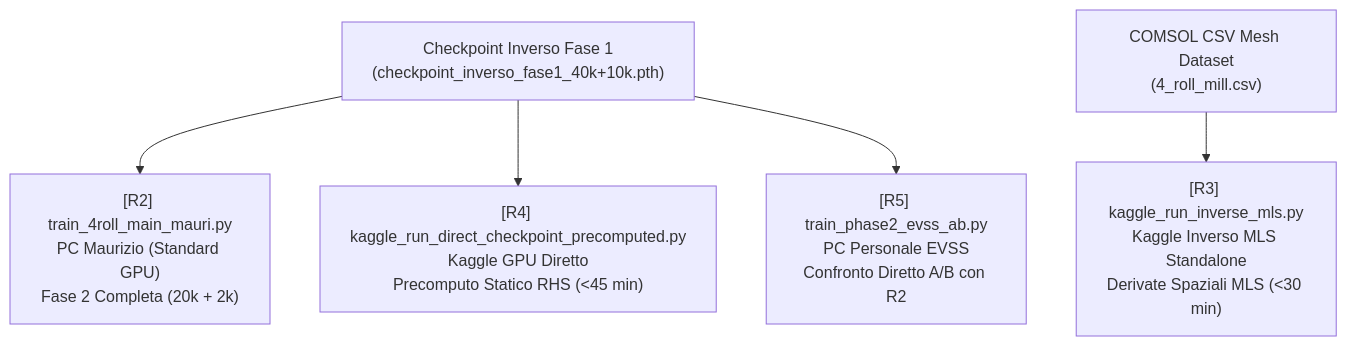
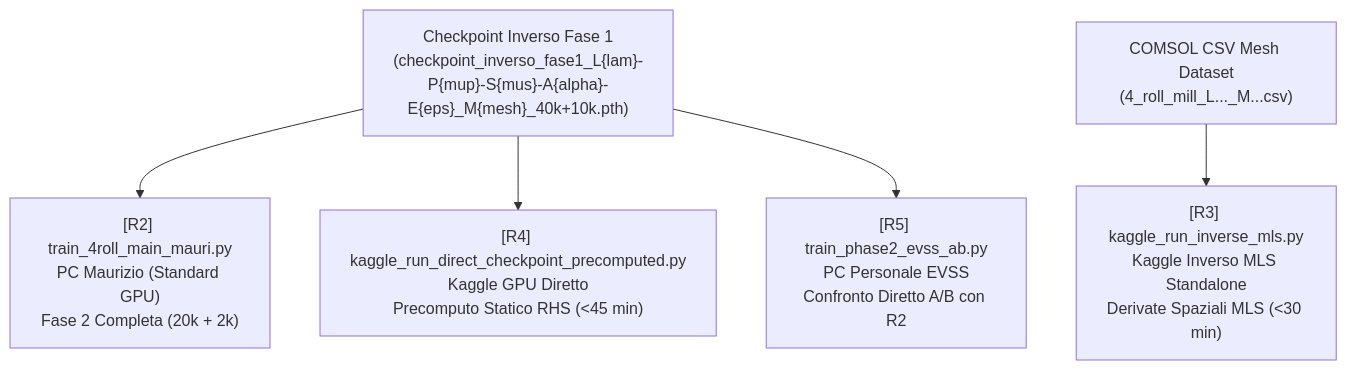
The second of 2 diagrams in PINN-wiki/Wiki/Methods/Numerical_Hygiene_and_Phase2_Reforms.md (Eaglw/PINN-tesi), drawn with Mermaid before and after one commit. The commit also changed other lines of this file and 12 other files, not shown here.

````diff
--- a/PINN-wiki/Wiki/Methods/Numerical_Hygiene_and_Phase2_Reforms.md
+++ b/PINN-wiki/Wiki/Methods/Numerical_Hygiene_and_Phase2_Reforms.md
@@ -246,8 +251,8 @@
 ```mermaid
 graph TD
-    CP["Checkpoint Inverso Fase 1<br>(checkpoint_inverso_fase1_40k+10k.pth)"]
+    CP["Checkpoint Inverso Fase 1<br>(checkpoint_inverso_fase1_L{lam}-P{mup}-S{mus}-A{alpha}-E{eps}_M{mesh}_40k+10k.pth)"]
     CP --> R2["[R2] train_4roll_main_mauri.py<br>PC Maurizio (Standard GPU)<br>Fase 2 Completa (20k + 2k)"]
     CP --> R4["[R4] kaggle_run_direct_checkpoint_precomputed.py<br>Kaggle GPU Diretto<br>Precomputo Statico RHS (<45 min)"]
     CP --> R5["[R5] train_phase2_evss_ab.py<br>PC Personale EVSS<br>Confronto Diretto A/B con R2"]
-    CMS["COMSOL CSV Mesh Dataset<br>(4_roll_mill.csv)"] --> R3["[R3] kaggle_run_inverse_mls.py<br>Kaggle Inverso MLS Standalone<br>Derivate Spaziali MLS (<30 min)"]
+    CMS["COMSOL CSV Mesh Dataset<br>(4_roll_mill_L..._M...csv)"] --> R3["[R3] kaggle_run_inverse_mls.py<br>Kaggle Inverso MLS Standalone<br>Derivate Spaziali MLS (<30 min)"]
 ```
````
